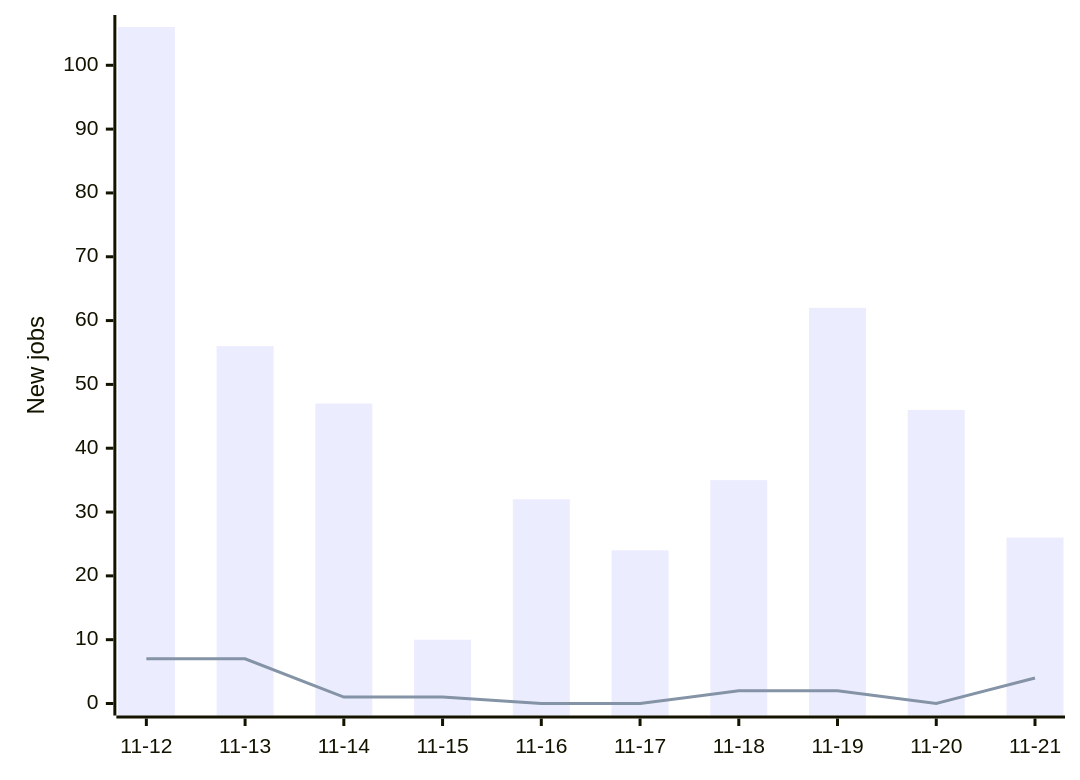
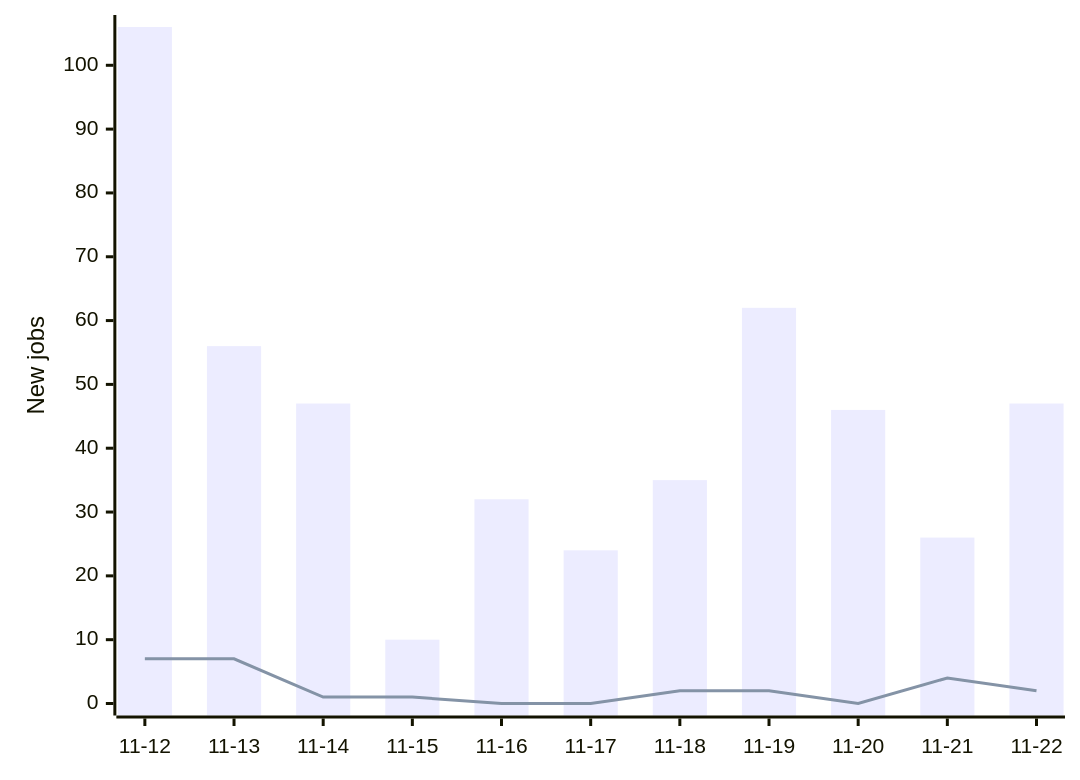
One commit to Mwangimark/frontend-job-tracker changed the diagram in README.md. Above: the diagram before and after it, drawn with Mermaid. The commit also changed other lines of this file and 2 other files, not shown here.

````diff
--- a/README.md
+++ b/README.md
@@ -16,7 +16,7 @@
 ```mermaid
 xychart-beta
-    x-axis ["11-12", "11-13", "11-14", "11-15", "11-16", "11-17", "11-18", "11-19", "11-20", "11-21"]
+    x-axis ["11-12", "11-13", "11-14", "11-15", "11-16", "11-17", "11-18", "11-19", "11-20", "11-21", "11-22"]
     y-axis "New jobs" 0 --> 106
-    bar [106, 56, 47, 10, 32, 24, 35, 62, 46, 26]
-    line [7, 7, 1, 1, 0, 0, 2, 2, 0, 4]
+    bar [106, 56, 47, 10, 32, 24, 35, 62, 46, 26, 47]
+    line [7, 7, 1, 1, 0, 0, 2, 2, 0, 4, 2]
 ```
````
